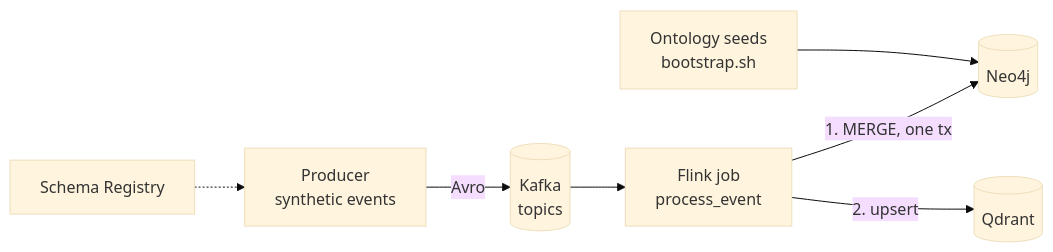
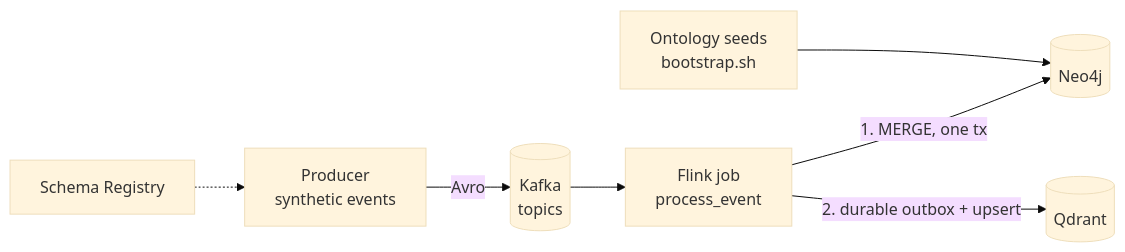
One commit to wchen-dea/Agentic-AI-Healthcare-GraphRAG changed the diagram in docs/04_data_platform.md. Above: the diagram before and after it, drawn with Mermaid (base theme). The commit also changed other lines of this file and 25 other files, not shown here.

````diff
--- a/docs/04_data_platform.md
+++ b/docs/04_data_platform.md
@@ -15,9 +15,9 @@
 ```mermaid
 flowchart LR
     prod[Producer<br/>synthetic events] -->|Avro| kafka[(Kafka<br/>topics)]
     sr[Schema Registry] -.-> prod
     kafka --> flink[Flink job<br/>process_event]
     flink -->|1. MERGE, one tx| neo4j[(Neo4j)]
-    flink -->|2. upsert| qdrant[(Qdrant)]
+    flink -->|2. durable outbox + upsert| qdrant[(Qdrant)]
     seeds[Ontology seeds<br/>bootstrap.sh] --> neo4j
 ```
````
